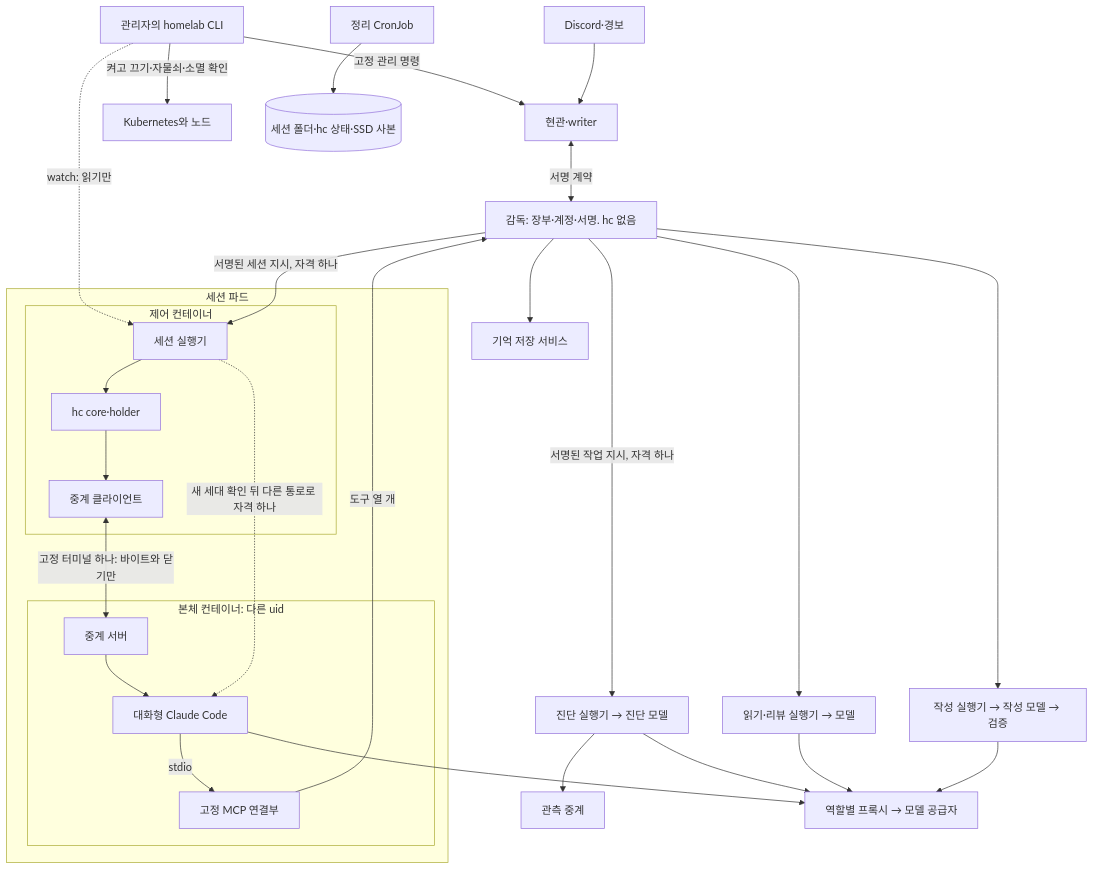
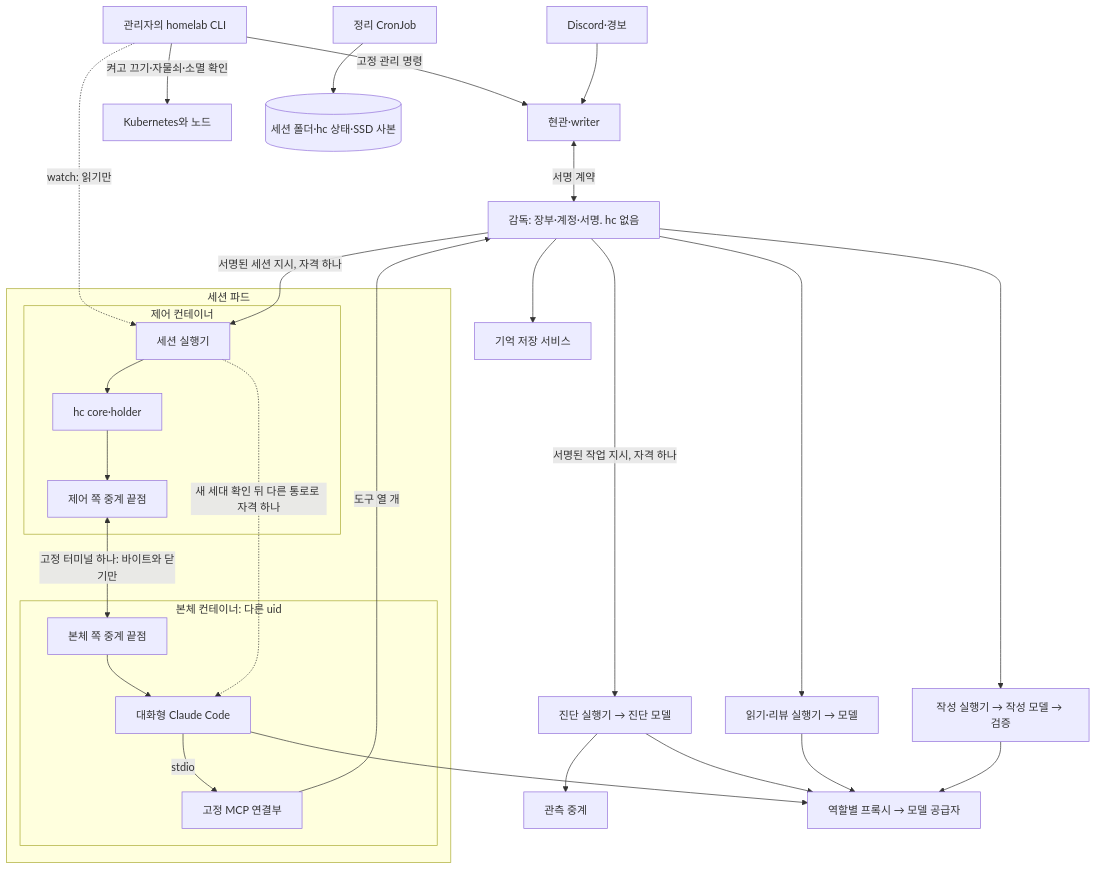
Before and after one commit to ukyi-app/homelab: the diagram in docs/plans/2026-11-13-olive/supervisor.md, drawn with Mermaid. The commit also changed other lines of this file and 2 other files, not shown here.

Commit message:
docs(plans): 올리브 D-47 중계의 소켓 방향을 바로잡는다 (제어 쪽이 듣고 본체 쪽이 붙는다)

````diff
--- a/docs/plans/2026-11-13-olive/supervisor.md
+++ b/docs/plans/2026-11-13-olive/supervisor.md
@@ -20,29 +20,29 @@
 ```mermaid
 flowchart TB
     CLI[관리자의 homelab CLI] -->|고정 관리 명령| F[현관·writer]
     CLI -->|켜고 끄기·자물쇠·소멸 확인| K[Kubernetes와 노드]
     CLI -.->|watch: 읽기만| SR
     D[Discord·경보] --> F
     F <-->|서명 계약| S[감독: 장부·계정·서명. hc 없음]
     subgraph session[세션 파드]
       subgraph ctl[제어 컨테이너]
         SR[세션 실행기] --> HC[hc core·holder]
-        HC --> RL[중계 클라이언트]
+        HC --> RL[제어 쪽 중계 끝점]
       end
       subgraph mainc[본체 컨테이너: 다른 uid]
-        RS[중계 서버] --> O[대화형 Claude Code]
+        RS[본체 쪽 중계 끝점] --> O[대화형 Claude Code]
         O -->|stdio| M[고정 MCP 연결부]
       end
       RL <-->|고정 터미널 하나: 바이트와 닫기만| RS
       SR -.->|새 세대 확인 뒤 다른 통로로 자격 하나| O
     end
     S -->|서명된 세션 지시, 자격 하나| SR
     M -->|도구 열 개| S
     S -->|서명된 작업 지시, 자격 하나| W1[진단 실행기 → 진단 모델]
     S --> W2[읽기·리뷰 실행기 → 모델]
     S --> W3[작성 실행기 → 작성 모델 → 검증]
     W1 --> R[관측 중계]
     S --> MM[기억 저장 서비스]
     O & W1 & W2 & W3 --> E[역할별 프록시 → 모델 공급자]
     C[정리 CronJob] --> ST[(세션 폴더·hc 상태·SSD 사본)]
 ```
````
